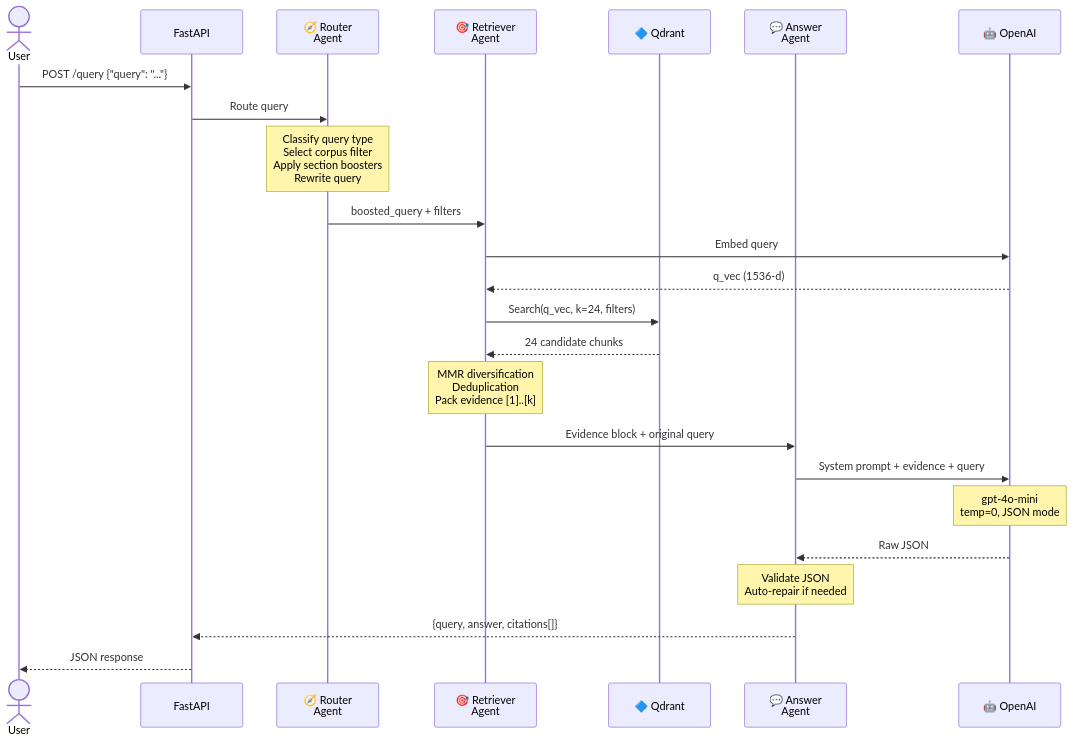
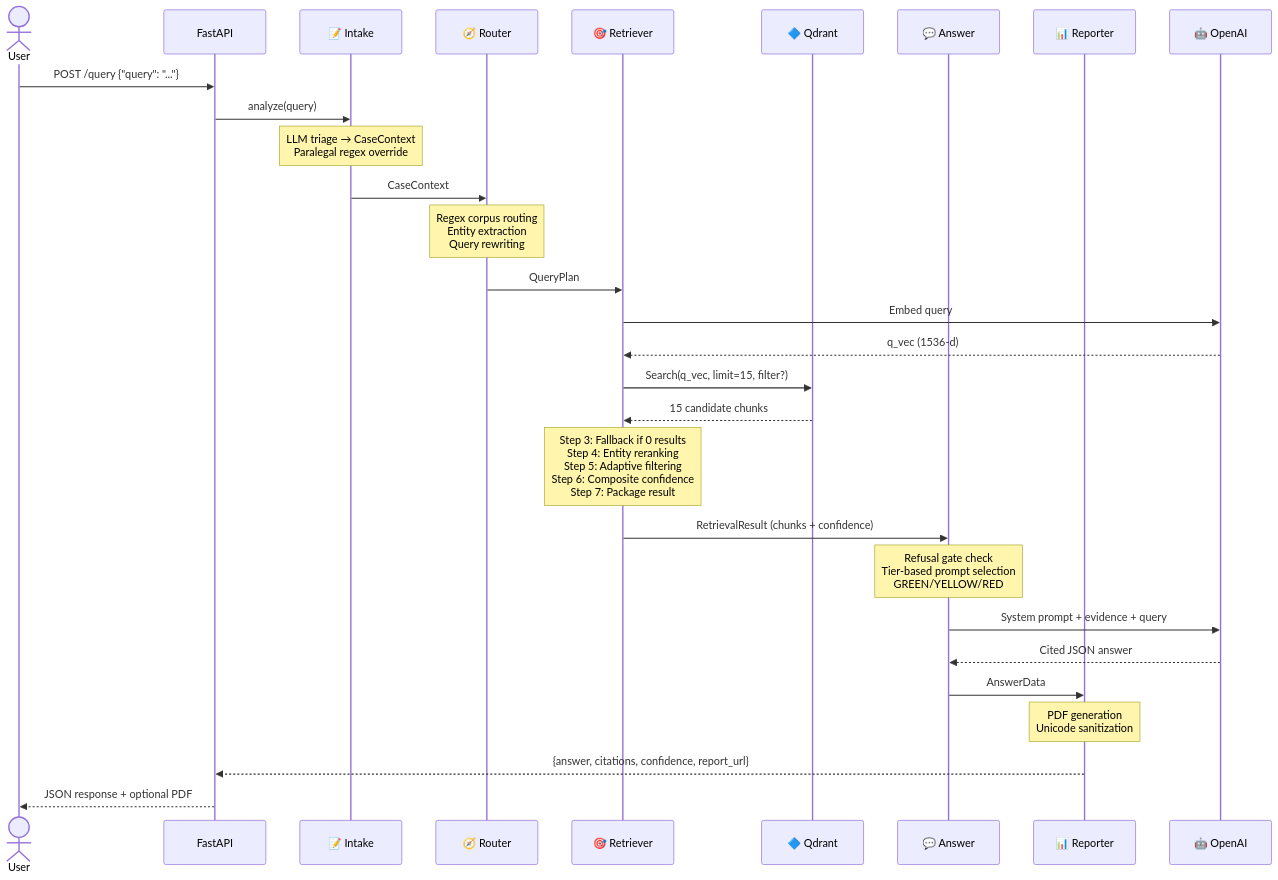
The eighth of 8 diagrams in README.md (uditauniyal/legal-mvp), drawn with Mermaid before and after one commit. The commit also changed other lines of this file, not shown here.

Commit message:
Updated Readme with confidence scoring

````diff
--- a/README.md
+++ b/README.md
@@ -546,36 +518,43 @@
 ```mermaid
 sequenceDiagram
     actor User
     participant API as FastAPI
-    participant Router as 🧭 Router<br/>Agent
-    participant Retriever as 🎯 Retriever<br/>Agent
+    participant Intake as 📝 Intake
+    participant Router as 🧭 Router
+    participant Retriever as 🎯 Retriever
     participant QD as 🔷 Qdrant
-    participant Answer as 💬 Answer<br/>Agent
+    participant Answer as 💬 Answer
+    participant Reporter as 📊 Reporter
     participant OAI as 🤖 OpenAI
 
     User->>API: POST /query {"query": "..."}
 
-    API->>Router: Route query
-    Note over Router: Classify query type<br/>Select corpus filter<br/>Apply section boosters<br/>Rewrite query
+    API->>Intake: analyze(query)
+    Note over Intake: LLM triage → CaseContext<br/>Paralegal regex override
 
-    Router->>Retriever: boosted_query + filters
+    Intake->>Router: CaseContext
+    Note over Router: Regex corpus routing<br/>Entity extraction<br/>Query rewriting
+
+    Router->>Retriever: QueryPlan
 
     Retriever->>OAI: Embed query
     OAI-->>Retriever: q_vec (1536-d)
 
-    Retriever->>QD: Search(q_vec, k=24, filters)
-    QD-->>Retriever: 24 candidate chunks
+    Retriever->>QD: Search(q_vec, limit=15, filter?)
+    QD-->>Retriever: 15 candidate chunks
 
-    Note over Retriever: MMR diversification<br/>Deduplication<br/>Pack evidence [1]..[k]
+    Note over Retriever: Step 3: Fallback if 0 results<br/>Step 4: Entity reranking<br/>Step 5: Adaptive filtering<br/>Step 6: Composite confidence<br/>Step 7: Package result
 
-    Retriever->>Answer: Evidence block + original query
+    Retriever->>Answer: RetrievalResult (chunks + confidence)
+
+    Note over Answer: Refusal gate check<br/>Tier-based prompt selection<br/>GREEN/YELLOW/RED
 
     Answer->>OAI: System prompt + evidence + query
-    Note over OAI: gpt-4o-mini<br/>temp=0, JSON mode
-    OAI-->>Answer: Raw JSON
+    OAI-->>Answer: Cited JSON answer
 
-    Note over Answer: Validate JSON<br/>Auto-repair if needed
+    Answer->>Reporter: AnswerData
+    Note over Reporter: PDF generation<br/>Unicode sanitization
 
-    Answer-->>API: {query, answer, citations[]}
-    API-->>User: JSON response
+    Reporter-->>API: {answer, citations, confidence, report_url}
+    API-->>User: JSON response + optional PDF
 ```
````
